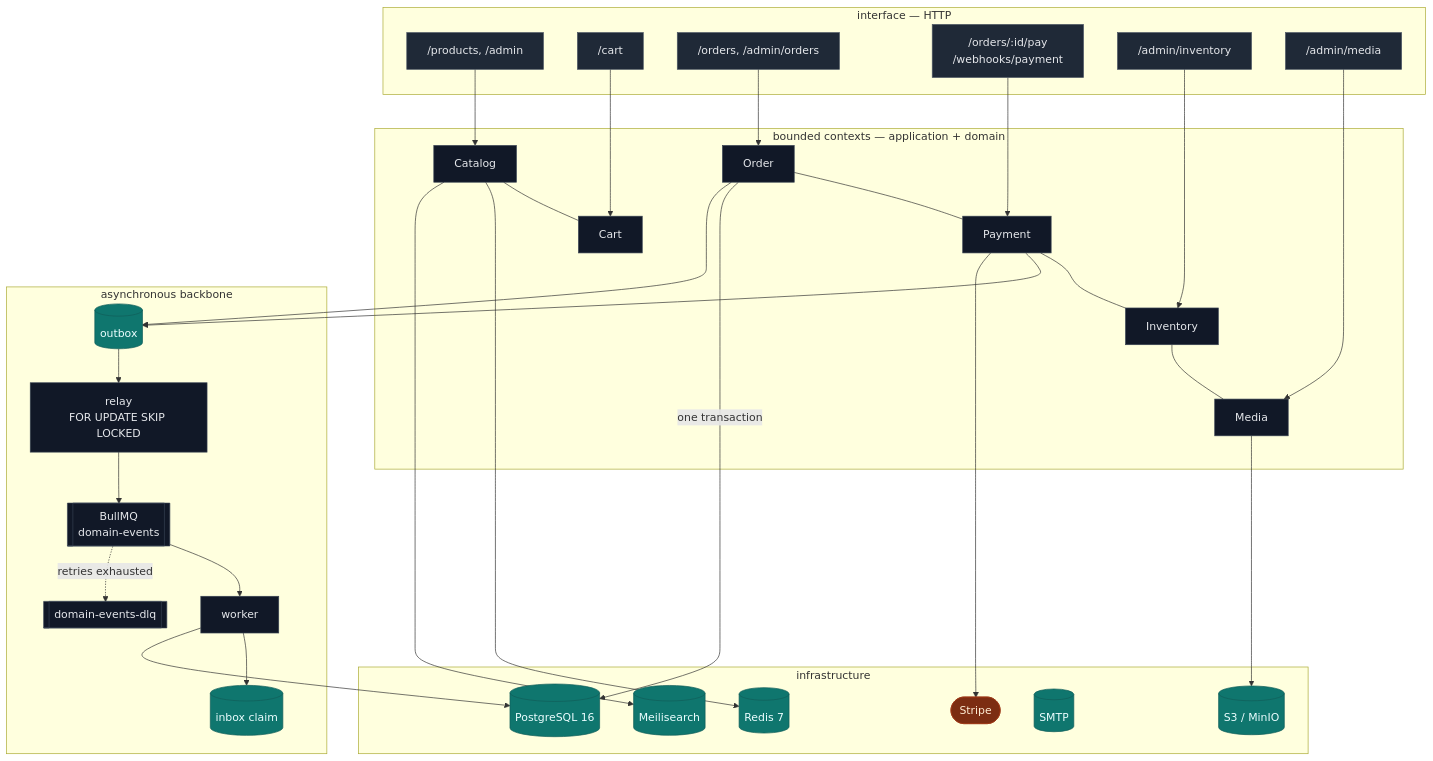
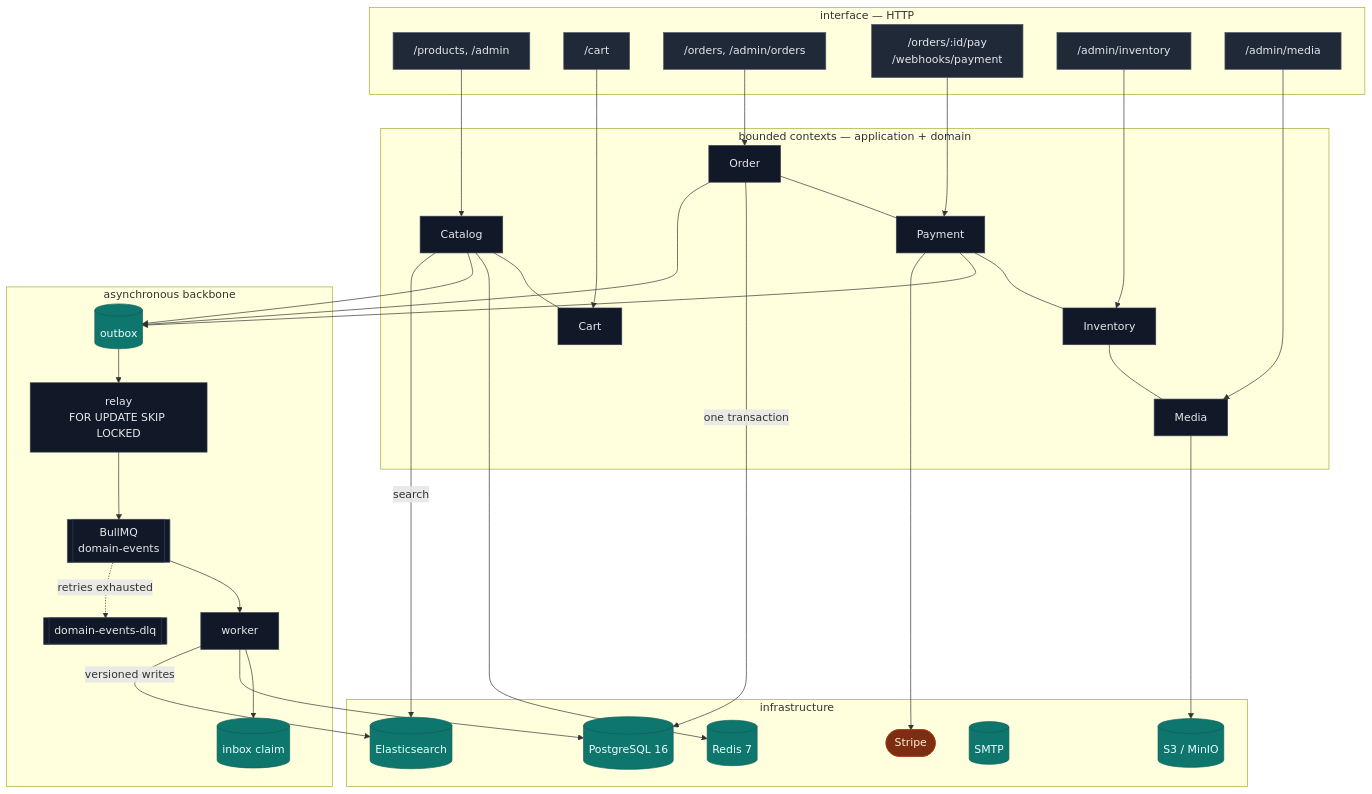
The diagram in README.md (jCool10/jcool-ecommerce-backend), drawn with Mermaid before and after one commit. The commit also changed other lines of this file and 72 other files, not shown here.

First line of the commit message:
Feat/catalog search elasticsearch (#45)

````diff
--- a/README.md
+++ b/README.md
@@ -57,53 +57,55 @@
 ```mermaid
 flowchart TB
     subgraph edge["interface — HTTP"]
         CAT["/products, /admin"]:::ctx
         CART["/cart"]:::ctx
         ORD["/orders, /admin/orders"]:::ctx
         PAY["/orders/:id/pay<br/>/webhooks/payment"]:::ctx
         INV["/admin/inventory"]:::ctx
         MED["/admin/media"]:::ctx
     end
 
     subgraph core["bounded contexts — application + domain"]
         C[Catalog]:::box --- K[Cart]:::box
         O[Order]:::box --- P[Payment]:::box --- I[Inventory]:::box --- M[Media]:::box
     end
 
     subgraph async["asynchronous backbone"]
         OB[(outbox)]:::db --> RLY[relay<br/>FOR UPDATE SKIP LOCKED]:::box
         RLY --> Q[[BullMQ<br/>domain-events]]:::box
         Q --> W[worker]:::box --> IB[(inbox claim)]:::db
         Q -.retries exhausted.-> DLQ[[domain-events-dlq]]:::box
     end
 
     subgraph infra["infrastructure"]
         PG[(PostgreSQL 16)]:::db
         RD[(Redis 7)]:::db
         S3[(S3 / MinIO)]:::db
-        MS[(Meilisearch)]:::db
+        ES[(Elasticsearch)]:::db
         SMTP[(SMTP)]:::db
         STRIPE([Stripe]):::ext
     end
 
     CAT --> C
     CART --> K
     ORD --> O
     PAY --> P
     INV --> I
     MED --> M
 
     O -->|one transaction| PG
     O --> OB
     P --> OB
     P --> STRIPE
     C --> RD
-    C --> MS
+    C --> OB
+    C -->|search| ES
     M --> S3
     W --> PG
+    W -->|versioned writes| ES
 
     classDef ctx fill:#1f2937,stroke:#4b5563,color:#e5e7eb
     classDef box fill:#111827,stroke:#374151,color:#e5e7eb
     classDef db fill:#0f766e,stroke:#115e59,color:#ecfeff
     classDef ext fill:#7c2d12,stroke:#9a3412,color:#ffedd5
 ```
````
